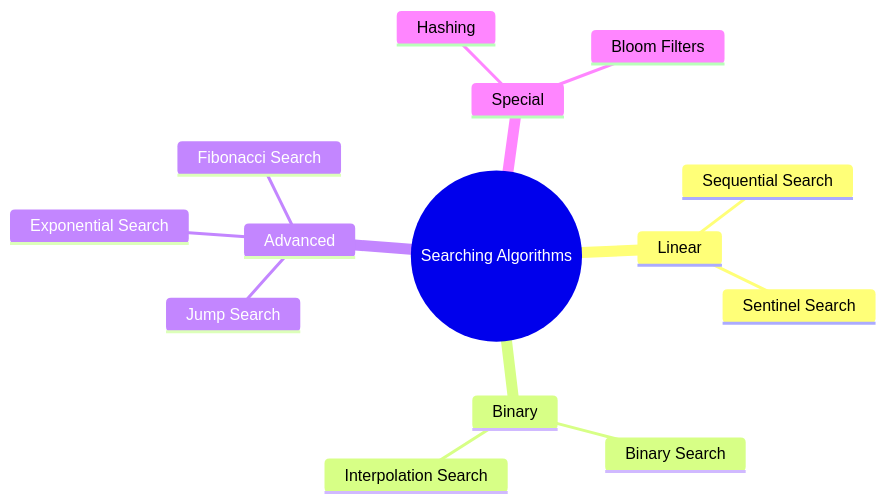
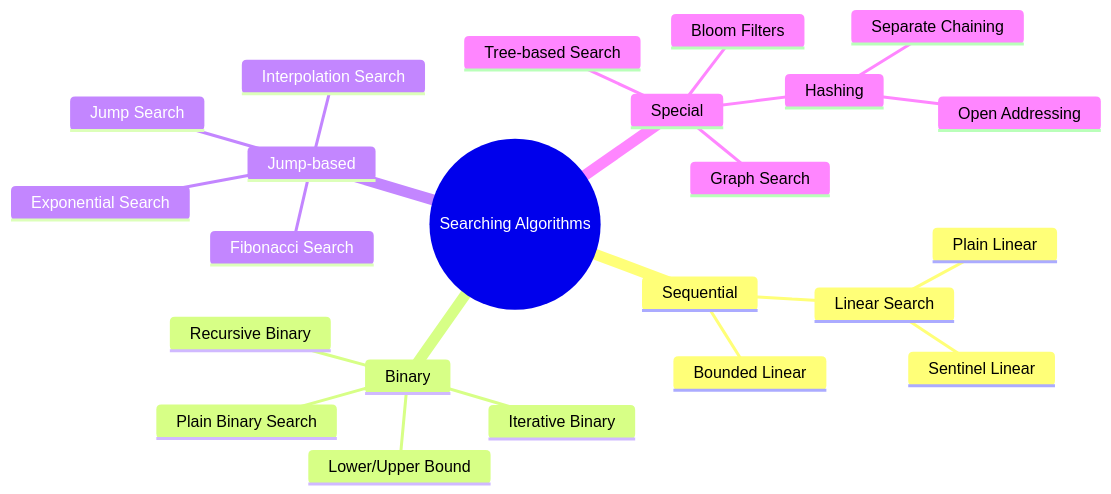
One commit to kivi98/study-buddy changed the diagram in docs/data-structures-and-algorithms/searching.md. Above: the diagram before and after it, drawn with Mermaid. The commit also changed other lines of this file and 33 other files, not shown here.

````diff
--- a/docs/data-structures-and-algorithms/searching.md
+++ b/docs/data-structures-and-algorithms/searching.md
@@ -11,17 +39,26 @@
 ```mermaid
 mindmap
     root((Searching Algorithms))
-        Linear
-            Sequential Search
-            Sentinel Search
+        Sequential
+            Linear Search
+                Plain Linear
+                Sentinel Linear
+            Bounded Linear
         Binary
-            Binary Search
-            Interpolation Search
-        Advanced
+            Plain Binary Search
+            Recursive Binary
+            Iterative Binary
+            Lower/Upper Bound
+        Jump-based
             Jump Search
             Exponential Search
             Fibonacci Search
+            Interpolation Search
         Special
             Hashing
+                Open Addressing
+                Separate Chaining
             Bloom Filters
+            Tree-based Search
+            Graph Search
 ```
````
